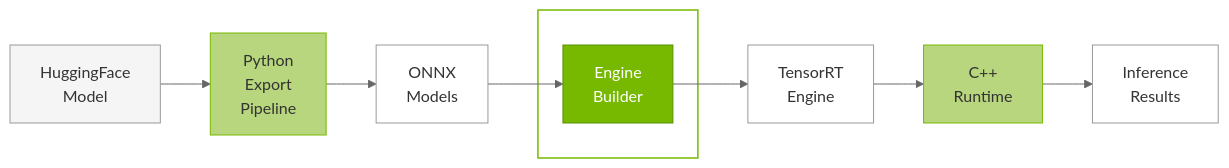
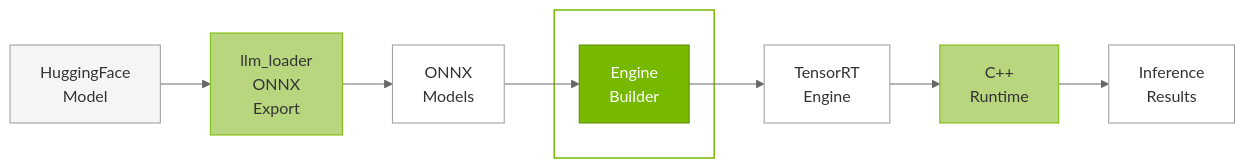
The first of 2 diagrams in docs/source/developer_guide/software-design/engine-builder.md (LLC-Technologies-Collier/TensorRT-Edge-LLM), drawn with Mermaid before and after one commit. The commit also changed other lines of this file and 265 other files, not shown here.

````diff
--- a/docs/source/developer_guide/software-design/engine-builder.md
+++ b/docs/source/developer_guide/software-design/engine-builder.md
@@ -12,35 +12,35 @@
 ```mermaid
 %%{init: {'theme':'neutral', 'themeVariables': {'primaryColor':'#76B900','primaryTextColor':'#fff','primaryBorderColor':'#5a8f00','lineColor':'#666','edgeLabelBackground':'#ffffff','labelTextColor':'#000','clusterBkg':'#ffffff','clusterBorder':'#999'}}}%%
 graph LR
     HF_MODEL[HuggingFace<br>Model]
-    PYTHON_EXPORT[Python<br>Export<br>Pipeline]
+    PYTHON_EXPORT[llm_loader<br>ONNX<br>Export]
     ONNX_FILES[ONNX<br>Models]
     TRT_ENGINE[TensorRT<br>Engine]
     CPP_RUNTIME[C++<br>Runtime]
     OUTPUT[Inference<br>Results]
 
     subgraph BUILDER_SG [" "]
         ENGINE_BUILDER[Engine<br>Builder]
     end
 
     HF_MODEL --> PYTHON_EXPORT
     PYTHON_EXPORT --> ONNX_FILES
     ONNX_FILES --> ENGINE_BUILDER
     ENGINE_BUILDER --> TRT_ENGINE
     TRT_ENGINE --> CPP_RUNTIME
     CPP_RUNTIME --> OUTPUT
 
     classDef inputNode fill:#f5f5f5,stroke:#999,stroke-width:1px,color:#333
     classDef nvLightNode fill:#b8d67e,stroke:#76B900,stroke-width:1px,color:#333
     classDef nvNode fill:#76B900,stroke:#5a8f00,stroke-width:1px,color:#fff
     classDef itemNode fill:#ffffff,stroke:#999,stroke-width:1px,color:#333
     classDef darkNode fill:#ffffff,stroke:#999,stroke-width:1px,color:#333
     classDef greenSubGraph fill:none,stroke:#76B900,stroke-width:1.5px
 
     class HF_MODEL inputNode
     class PYTHON_EXPORT,CPP_RUNTIME nvLightNode
     class ENGINE_BUILDER nvNode
     class ONNX_FILES,TRT_ENGINE itemNode
     class OUTPUT darkNode
     class BUILDER_SG greenSubGraph
 ```
````
